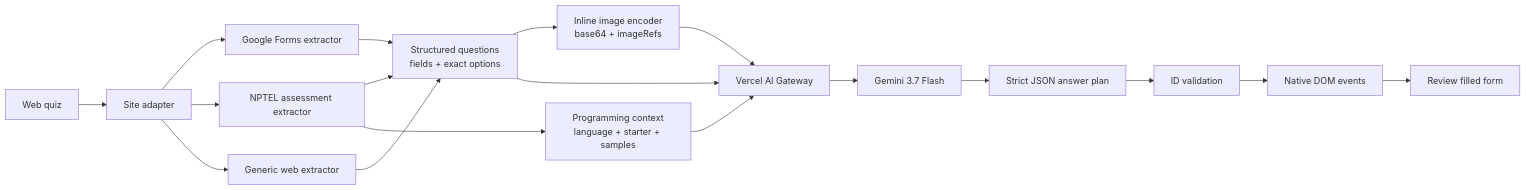
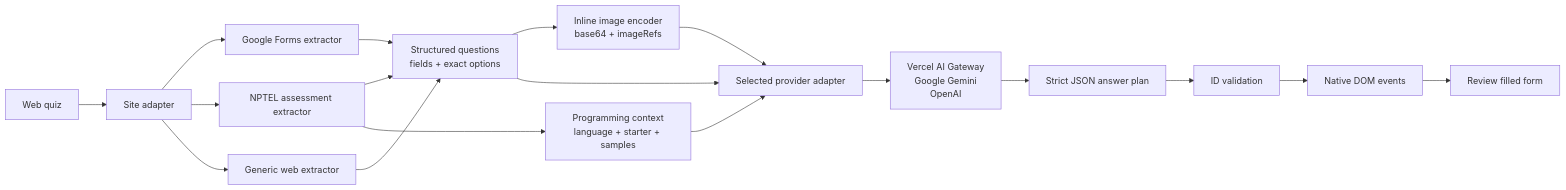
Before and after one commit to Kushalkhemka/ai-gateway-google-forms: the diagram in README.md, drawn with Mermaid. The commit also changed other lines of this file and 9 other files, not shown here.

````diff
--- a/README.md
+++ b/README.md
@@ -58,20 +58,20 @@
 ```mermaid
 flowchart LR
     A[Web quiz] --> B[Site adapter]
     B --> C1[Google Forms extractor]
     B --> C2[NPTEL assessment extractor]
     B --> C3[Generic web extractor]
     C1 --> C[Structured questions<br/>fields + exact options]
     C2 --> C
     C3 --> C
     C2 --> K[Programming context<br/>language + starter + samples]
     C --> D[Inline image encoder<br/>base64 + imageRefs]
-    C --> E[Vercel AI Gateway]
+    C --> E[Selected provider adapter]
     K --> E
     D --> E
-    E --> F[Gemini 3.7 Flash]
+    E --> F[Vercel AI Gateway<br/>Google Gemini<br/>OpenAI]
     F --> G[Strict JSON answer plan]
     G --> H[ID validation]
     H --> I[Native DOM events]
     I --> J[Review filled form]
 ```
````
